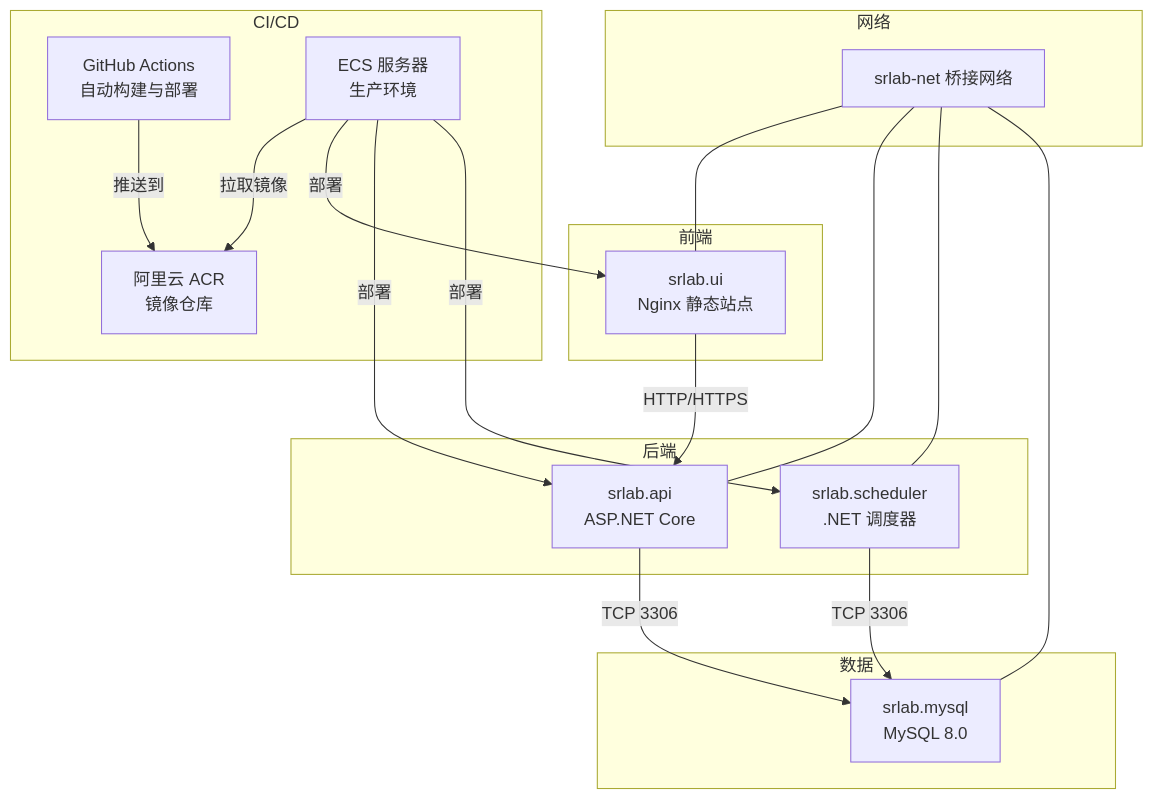
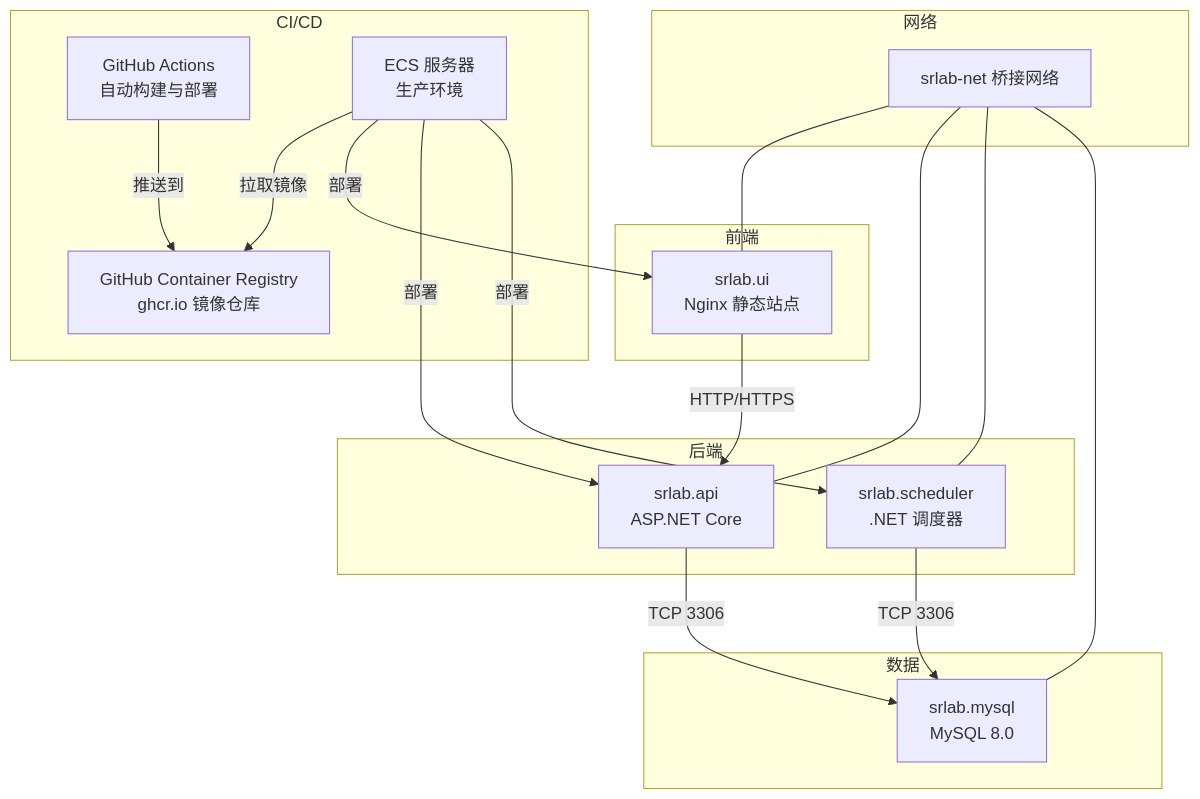
One commit to TinyMaD/SpeedRunnersLab changed the first of 4 diagrams in .qoder/repowiki/zh/content/部署运维.md. Above: the diagram before and after it, drawn with Mermaid. The commit also changed other lines of this file and 13 other files, not shown here.

Commit message:
feat(deploy): 新增部署迁移脚本与图表交互优化

````diff
--- a/.qoder/repowiki/zh/content/部署运维.md
+++ b/.qoder/repowiki/zh/content/部署运维.md
@@ -45,33 +54,33 @@
 ```mermaid
 graph TB
 subgraph "网络"
 NET["srlab-net 桥接网络"]
 end
 subgraph "前端"
 UI["srlab.ui<br/>Nginx 静态站点"]
 end
 subgraph "后端"
 API["srlab.api<br/>ASP.NET Core"]
 SCHED["srlab.scheduler<br/>.NET 调度器"]
 end
 subgraph "数据"
 MYSQL["srlab.mysql<br/>MySQL 8.0"]
 end
 subgraph "CI/CD"
 GHA["GitHub Actions<br/>自动构建与部署"]
-ACR["阿里云 ACR<br/>镜像仓库"]
+GHCR["GitHub Container Registry<br/>ghcr.io 镜像仓库"]
 ECS["ECS 服务器<br/>生产环境"]
 end
 UI --> |"HTTP/HTTPS"| API
 API --> |"TCP 3306"| MYSQL
 SCHED --> |"TCP 3306"| MYSQL
 NET --- UI
 NET --- API
 NET --- SCHED
 NET --- MYSQL
-GHA --> |"推送到"| ACR
-ECS --> |"拉取镜像"| ACR
+GHA --> |"推送到"| GHCR
+ECS --> |"拉取镜像"| GHCR
 ECS --> |"部署"| UI
 ECS --> |"部署"| API
 ECS --> |"部署"| SCHED
 ```
````
